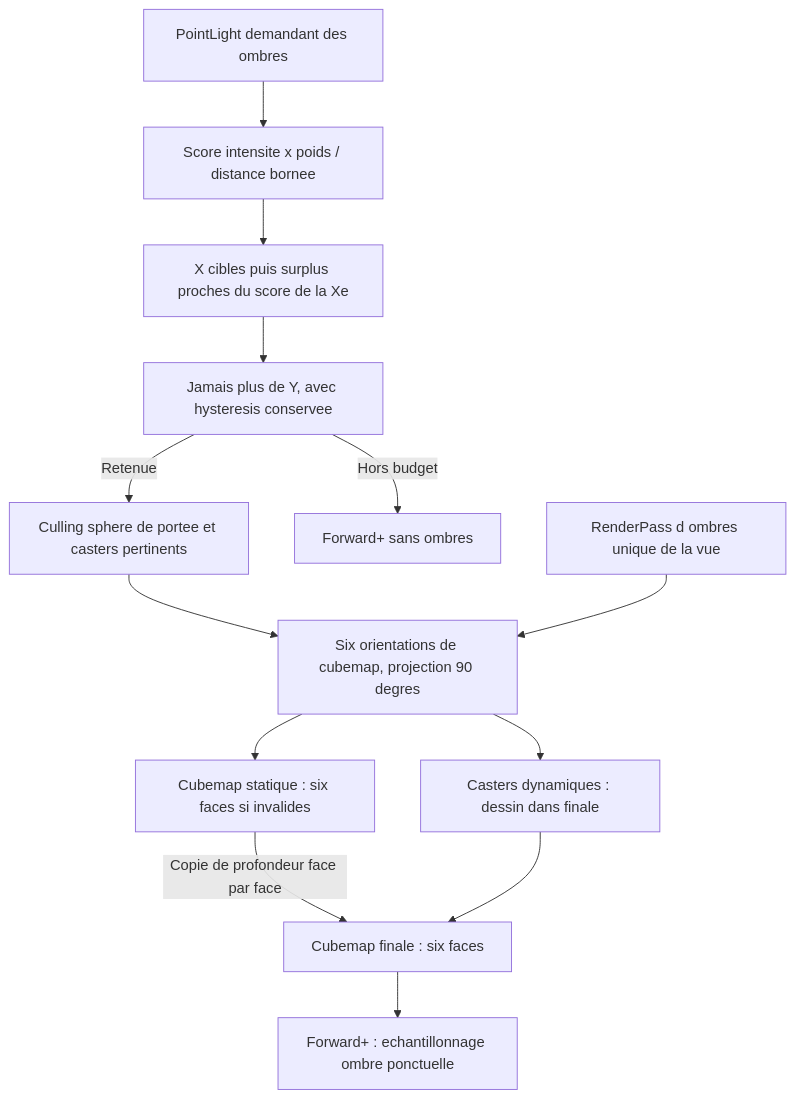
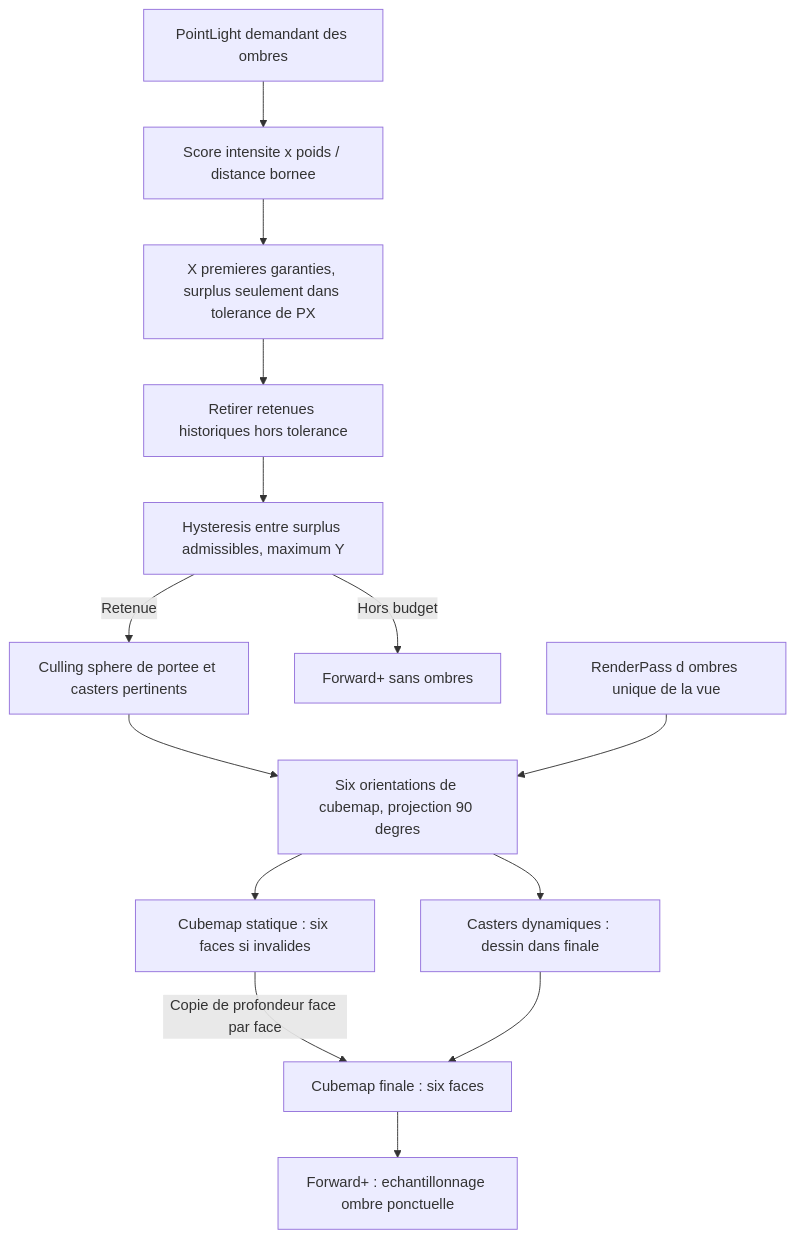
Before and after one commit to EreliaStudio/Sparkle: the ninth of 18 diagrams in docs/voxel-engine-v0.1.4-specification.md, drawn with Mermaid. The commit also changed other lines of this file, not shown here.

Commit message:
docs(v0.1.4): update shadow selection Mermaid flow and capture sequence for tolerance-first hysteresis

````diff
--- a/docs/voxel-engine-v0.1.4-specification.md
+++ b/docs/voxel-engine-v0.1.4-specification.md
@@ -760,15 +766,16 @@
 ```mermaid
 flowchart TD
   Point["PointLight demandant des ombres"] --> Score["Score intensite x poids / distance bornee"]
-  Score --> Soft["X cibles puis surplus proches du score de la Xe"]
-  Soft --> Limit["Jamais plus de Y, avec hysteresis conservee"]
+  Score --> Soft["X premieres garanties, surplus seulement dans tolerance de PX"]
+  Soft --> Hist["Retirer retenues historiques hors tolerance"]
+  Hist --> Limit["Hysteresis entre surplus admissibles, maximum Y"]
   Limit -->|"Retenue"| Range["Culling sphere de portee et casters pertinents"]
   Limit -->|"Hors budget"| LightOnly["Forward+ sans ombres"]
   Range --> Faces["Six orientations de cubemap, projection 90 degres"]
   Faces --> Static["Cubemap statique : six faces si invalides"]
   Static -->|"Copie de profondeur face par face"| Final["Cubemap finale : six faces"]
   Faces --> Dyn["Casters dynamiques : dessin dans finale"]
   Dyn --> Final
   Final --> Forward["Forward+ : echantillonnage ombre ponctuelle"]
   ShadowPass["RenderPass d ombres unique de la vue"] --> Faces
 ```
````
